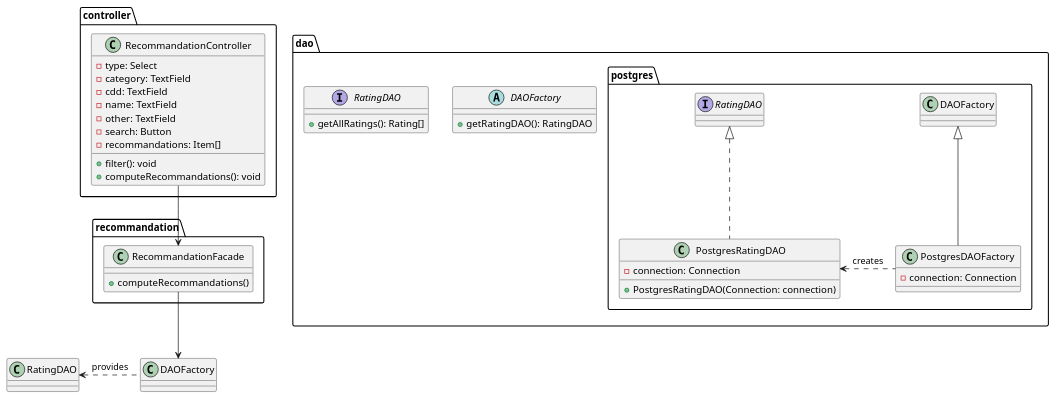
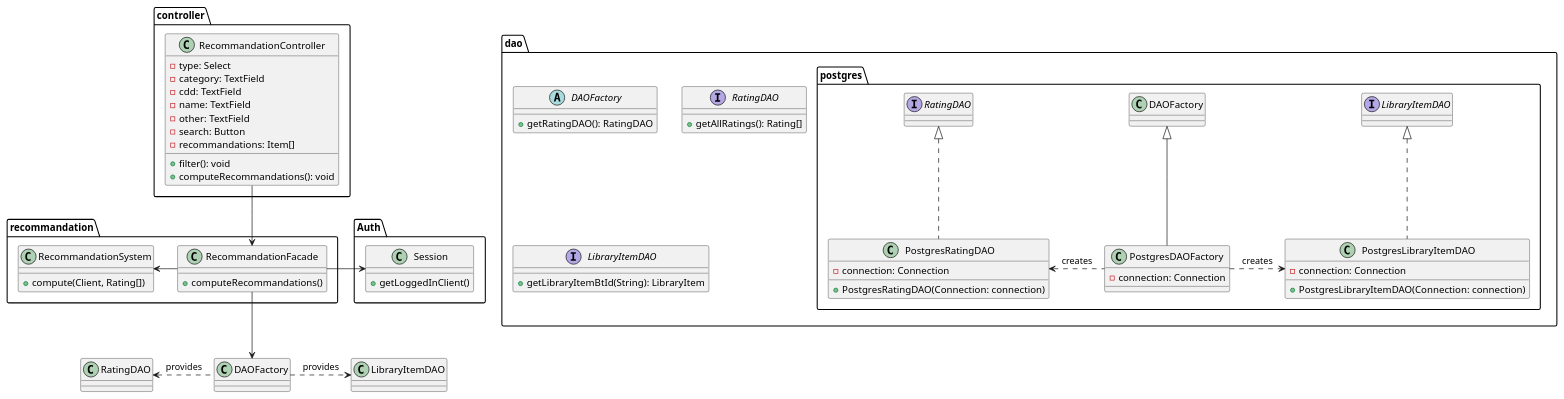
The diagram in specifications/software-design/recommandations/reco-class-diagram.puml (BrokenSwing/Comixaire), drawn with PlantUML before and after one commit.

Commit message:
Update class diagram

```diff
--- a/specifications/software-design/recommandations/reco-class-diagram.puml
+++ b/specifications/software-design/recommandations/reco-class-diagram.puml
@@ -1,57 +1,76 @@
 @startuml
 
 package controller {
-
   class RecommandationController {
     -type: Select
     -category: TextField
     -cdd: TextField
     -name: TextField
     -other: TextField
     -search: Button
     -recommandations: Item[]
     +filter(): void
     +computeRecommandations(): void
   }
+}
 
+package Auth {
+  class Session {
+    +getLoggedInClient()
+  }
 }
 
 package recommandation {
   class RecommandationFacade {
     +computeRecommandations()
+  }
+  class RecommandationSystem {
+    +compute(Client, Rating[])
   }
 }
 
 package dao {
   abstract class DAOFactory {
     +getRatingDAO(): RatingDAO
   }
 
   interface RatingDAO {
     +getAllRatings(): Rating[]
   }
+  
+  interface LibraryItemDAO {
+    +getLibraryItemBtId(String): LibraryItem
+  }
 
   package postgres {
 
     class PostgresRatingDAO implements RatingDAO {
       -connection: Connection
       +PostgresRatingDAO(Connection: connection)
+    }
+    
+    class PostgresLibraryItemDAO implements LibraryItemDAO {
+      -connection: Connection
+      +PostgresLibraryItemDAO(Connection: connection)
     }
 
     class PostgresDAOFactory extends DAOFactory {
       -connection: Connection
     }
 
   }
 
 }
-
+RecommandationFacade -> Session
 PostgresDAOFactory .left> PostgresRatingDAO : "creates"
+PostgresDAOFactory .right> PostgresLibraryItemDAO : "creates"
 DAOFactory .left> RatingDAO : "provides"
+DAOFactory .right> LibraryItemDAO : "provides"
 
 ' Inter-packages relations
 
 RecommandationFacade -down-> DAOFactory
+RecommandationFacade -left> RecommandationSystem
 RecommandationController --> RecommandationFacade
 
 @enduml
```
